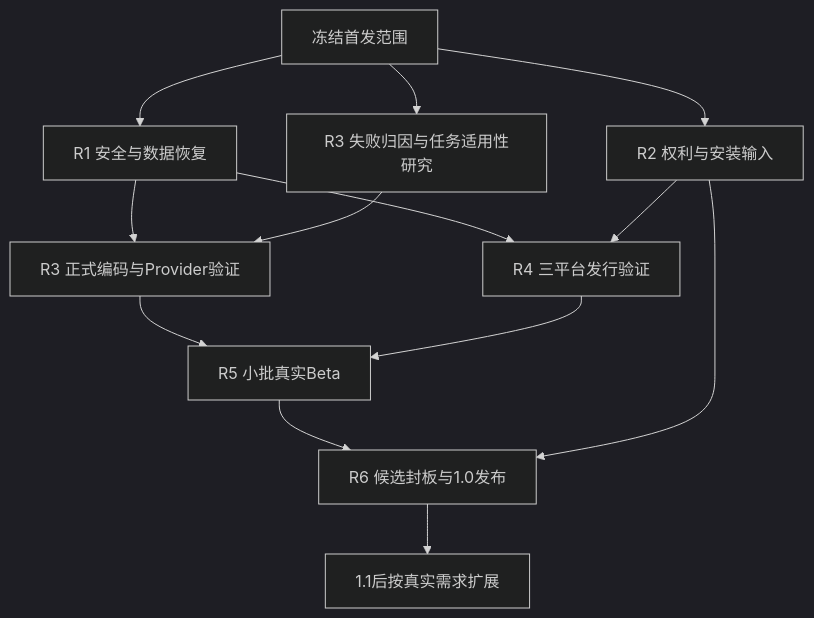
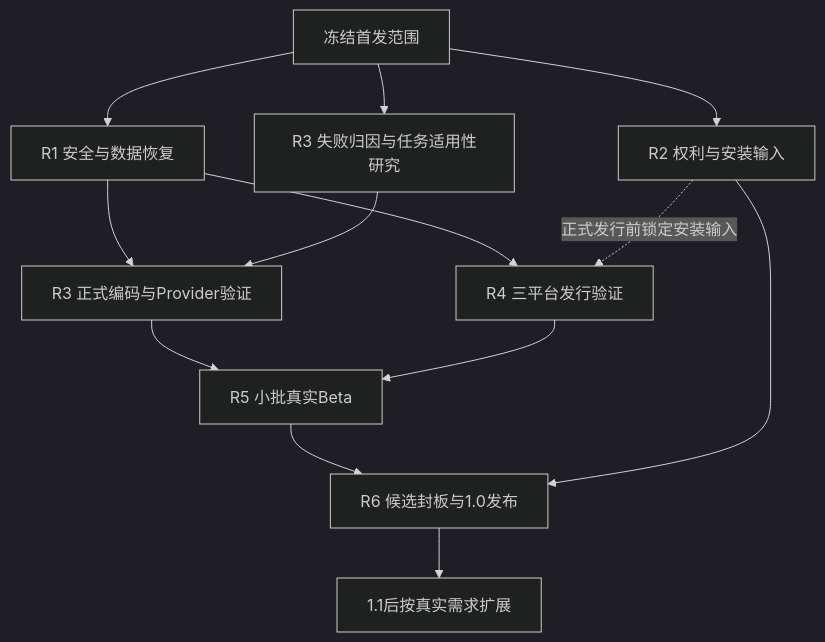
Before and after one commit to carrie1988/Harnessix: the second of 3 diagrams in docs/changes/m09-to-v1-release-scope-convergence.md, drawn with Mermaid (dark theme). The commit also changed other lines of this file and 22 other files, not shown here.

````diff
--- a/docs/changes/m09-to-v1-release-scope-convergence.md
+++ b/docs/changes/m09-to-v1-release-scope-convergence.md
@@ -154,15 +154,15 @@
 ```mermaid
 flowchart TD
     Scope[冻结首发范围] --> R1[R1 安全与数据恢复]
     Scope --> R2[R2 权利与安装输入]
     Scope --> Study[R3 失败归因与任务适用性研究]
     R1 --> R3[R3 正式编码与Provider验证]
     Study --> R3
     R1 --> R4[R4 三平台发行验证]
-    R2 --> R4
+    R2 -. 正式发行前锁定安装输入 .-> R4
     R3 --> R5[R5 小批真实Beta]
     R4 --> R5
     R5 --> R6[R6 候选封板与1.0发布]
     R2 --> R6
     R6 --> Later[1.1后按真实需求扩展]
 ```
````
